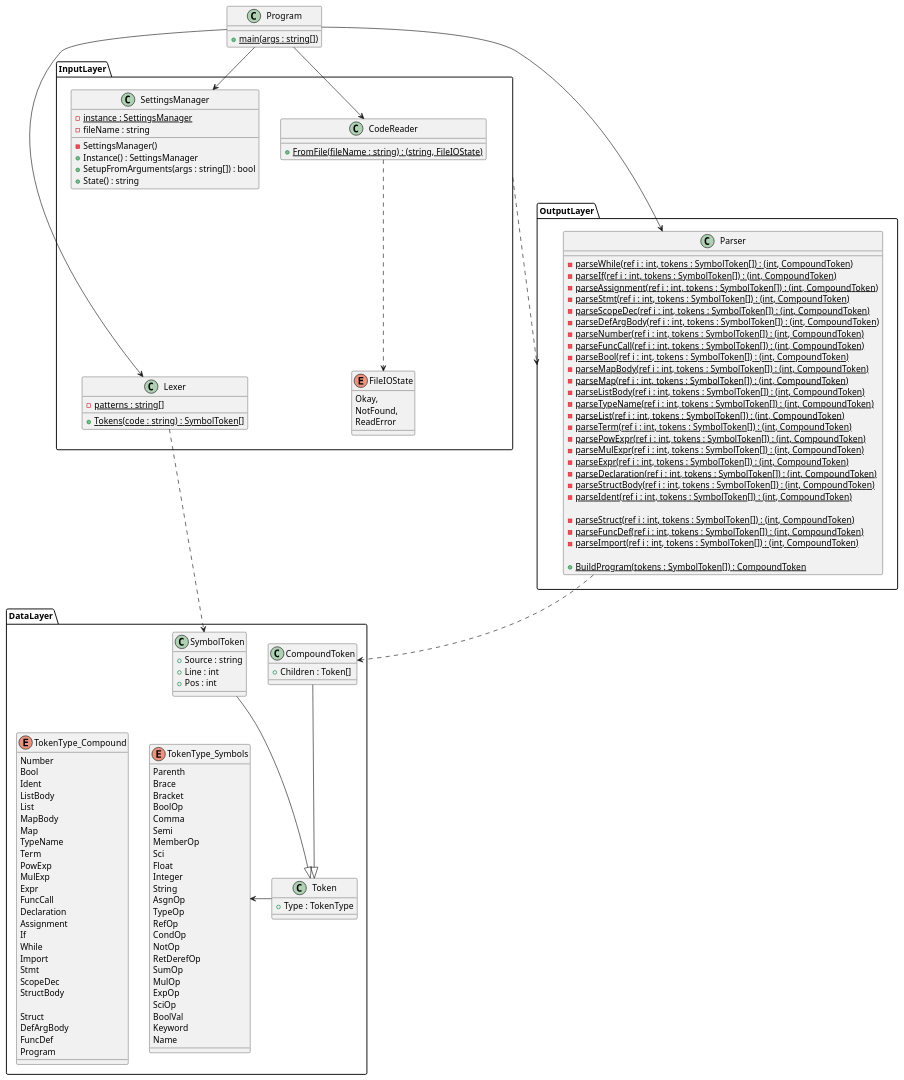
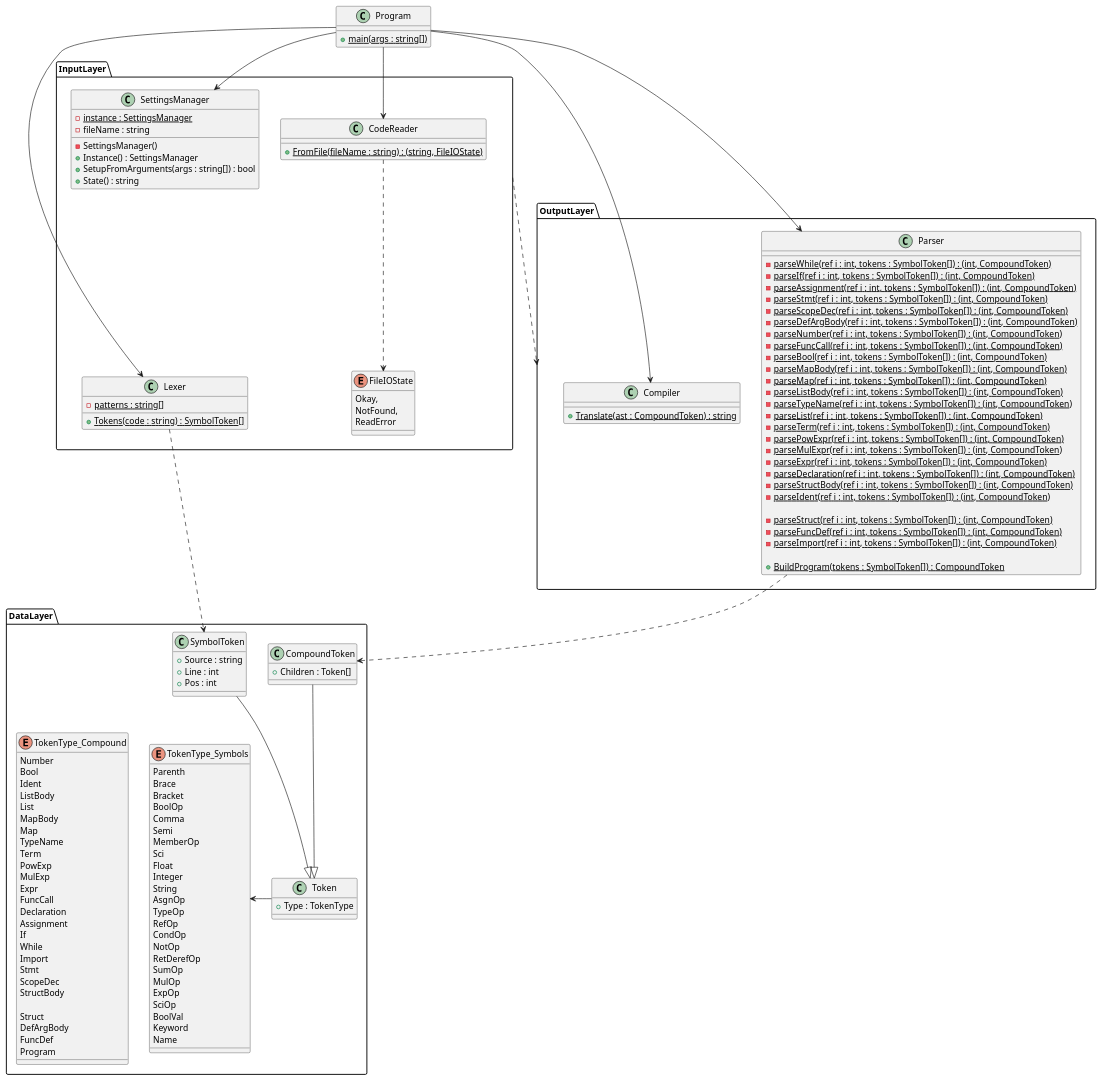
The diagram in docs/parser.plantuml (blueOkiris/dylan-script), drawn with PlantUML before and after one commit. The commit also changed 3 other files, not shown here.

Commit message:
Added a compiler class for converting the ast into a new programming language

```diff
--- a/docs/parser.plantuml
+++ b/docs/parser.plantuml
@@ -1,157 +1,162 @@
 @startuml parser-class
 
 class Program {
     + {static} main(args : string[])
 }
 
 namespace DataLayer {
     enum TokenType_Symbols {
         Parenth
         Brace
         Bracket
         BoolOp
         Comma
         Semi
         MemberOp
         Sci
         Float
         Integer
         String
         AsgnOp
         TypeOp
         RefOp
         CondOp
         NotOp
         RetDerefOp
         SumOp
         MulOp
         ExpOp
         SciOp
         BoolVal
         Keyword
         Name
     }
 
     enum TokenType_Compound {
         Number
         Bool
         Ident
         ListBody
         List
         MapBody
         Map
         TypeName
         Term
         PowExp
         MulExp
         Expr
         FuncCall
         Declaration
         Assignment
         If
         While
         Import
         Stmt
         ScopeDec
         StructBody
 
         Struct
         DefArgBody
         FuncDef
         Program
     }
 
     class Token {
         + Type : TokenType
     }
 
     class SymbolToken {
         + Source : string
         + Line : int
         + Pos : int
     }
 
     class CompoundToken {
         + Children : Token[]
     }
 
     Token -l-> TokenType_Symbols
     TokenType_Compound -[hidden]> TokenType_Symbols
     SymbolToken -d-|> Token
     CompoundToken -d-|> Token
 
     SymbolToken -[hidden]> CompoundToken
 }
 
 namespace InputLayer {
     enum FileIOState {
         Okay,
         NotFound,
         ReadError
     }
 
     class SettingsManager {
         - {static} instance : SettingsManager
         - fileName : string
         
         - SettingsManager()
         + Instance() : SettingsManager
         + SetupFromArguments(args : string[]) : bool
         + State() : string
     }
 
     class CodeReader {
         + {static} FromFile(fileName : string) : (string, FileIOState)
     }
 
     class Lexer {
         - {static} patterns : string[]
         + {static} Tokens(code : string) : SymbolToken[]
     }
 
     CodeReader .d.> FileIOState
     SettingsManager -[hidden]-> Lexer
 }
 
 namespace OutputLayer {
+    class Compiler {
+        + {static} Translate(ast : CompoundToken) : string
+    }
+
     class Parser {
         - {static} parseWhile(ref i : int, tokens : SymbolToken[]) : (int, CompoundToken)
         - {static} parseIf(ref i : int, tokens : SymbolToken[]) : (int, CompoundToken)
         - {static} parseAssignment(ref i : int, tokens : SymbolToken[]) : (int, CompoundToken)
         - {static} parseStmt(ref i : int, tokens : SymbolToken[]) : (int, CompoundToken)
         - {static} parseScopeDec(ref i : int, tokens : SymbolToken[]) : (int, CompoundToken)
         - {static} parseDefArgBody(ref i : int, tokens : SymbolToken[]) : (int, CompoundToken)
         - {static} parseNumber(ref i : int, tokens : SymbolToken[]) : (int, CompoundToken)
         - {static} parseFuncCall(ref i : int, tokens : SymbolToken[]) : (int, CompoundToken)
         - {static} parseBool(ref i : int, tokens : SymbolToken[]) : (int, CompoundToken)
         - {static} parseMapBody(ref i : int, tokens : SymbolToken[]) : (int, CompoundToken)
         - {static} parseMap(ref i : int, tokens : SymbolToken[]) : (int, CompoundToken)
         - {static} parseListBody(ref i : int, tokens : SymbolToken[]) : (int, CompoundToken)
         - {static} parseTypeName(ref i : int, tokens : SymbolToken[]) : (int, CompoundToken)
         - {static} parseList(ref i : int, tokens : SymbolToken[]) : (int, CompoundToken)
         - {static} parseTerm(ref i : int, tokens : SymbolToken[]) : (int, CompoundToken)
         - {static} parsePowExpr(ref i : int, tokens : SymbolToken[]) : (int, CompoundToken)
         - {static} parseMulExpr(ref i : int, tokens : SymbolToken[]) : (int, CompoundToken)
         - {static} parseExpr(ref i : int, tokens : SymbolToken[]) : (int, CompoundToken)
         - {static} parseDeclaration(ref i : int, tokens : SymbolToken[]) : (int, CompoundToken)
         - {static} parseStructBody(ref i : int, tokens : SymbolToken[]) : (int, CompoundToken)
         - {static} parseIdent(ref i : int, tokens : SymbolToken[]) : (int, CompoundToken)
 
         - {static} parseStruct(ref i : int, tokens : SymbolToken[]) : (int, CompoundToken)
         - {static} parseFuncDef(ref i : int, tokens : SymbolToken[]) : (int, CompoundToken)
         - {static} parseImport(ref i : int, tokens : SymbolToken[]) : (int, CompoundToken)
 
         + {static} BuildProgram(tokens : SymbolToken[]) : CompoundToken
     }
 }
 
 Program --> InputLayer.SettingsManager
 Program --> InputLayer.CodeReader
 Program --> InputLayer.Lexer
 Program ---> OutputLayer.Parser
+Program ---> OutputLayer.Compiler
 InputLayer.Lexer .d.> DataLayer.SymbolToken
 OutputLayer.Parser .d.> DataLayer.CompoundToken
 
 InputLayer ..r.> OutputLayer
 
 @enduml
```
